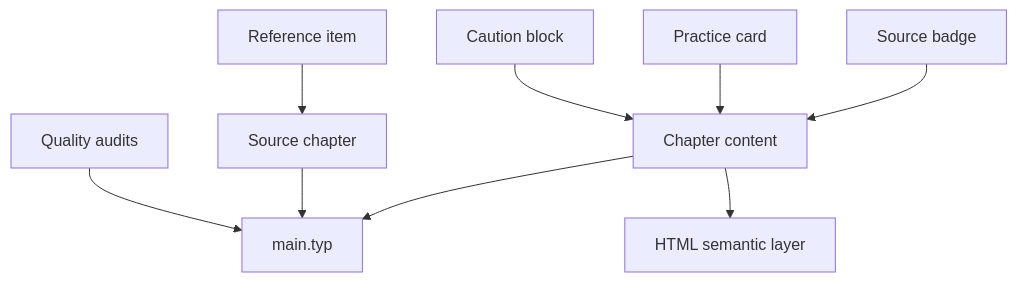
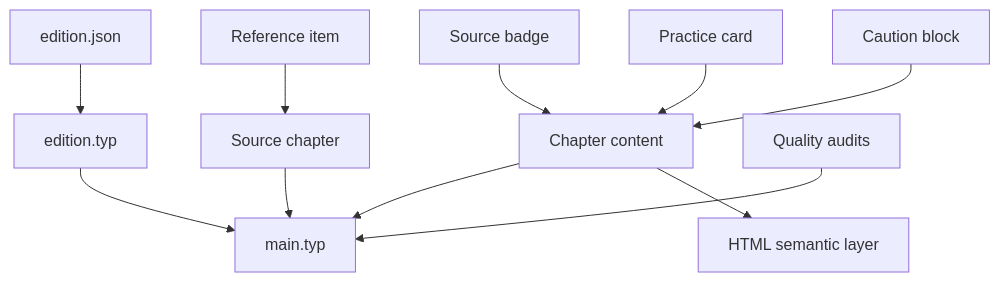
The second of 3 diagrams in book/AGENTS.md (streamentry/streamentry), drawn with Mermaid before and after one commit. The commit also changed other lines of this file and 30 other files, not shown here.

````diff
--- a/book/AGENTS.md
+++ b/book/AGENTS.md
@@ -38,11 +47,13 @@
 ```mermaid
 flowchart TB
+  D["edition.json"] --> L["edition.typ"]
+  L --> M["main.typ"]
   B["Source badge"] --> H["Chapter content"]
   P["Practice card"] --> H
   W["Caution block"] --> H
   H --> M["main.typ"]
   H --> E["HTML semantic layer"]
   R["Reference item"] --> S["Source chapter"]
   S --> M
   A["Quality audits"] --> M
 ```
````
